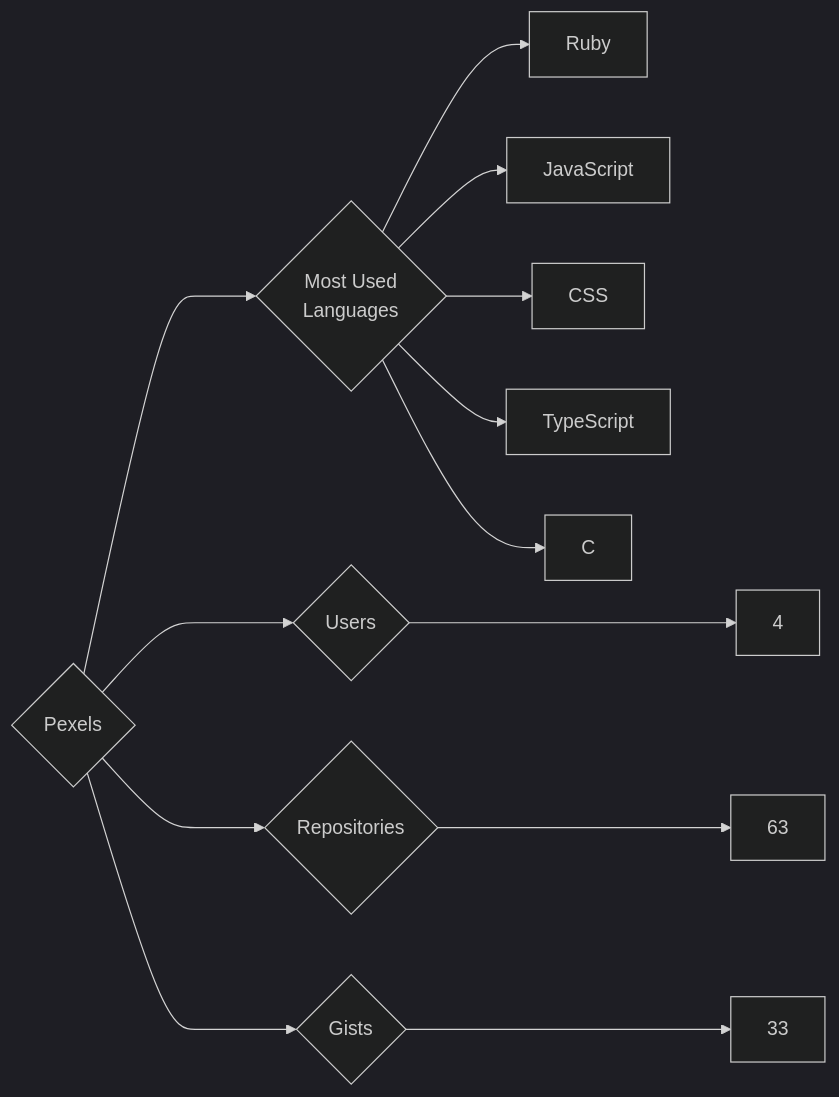
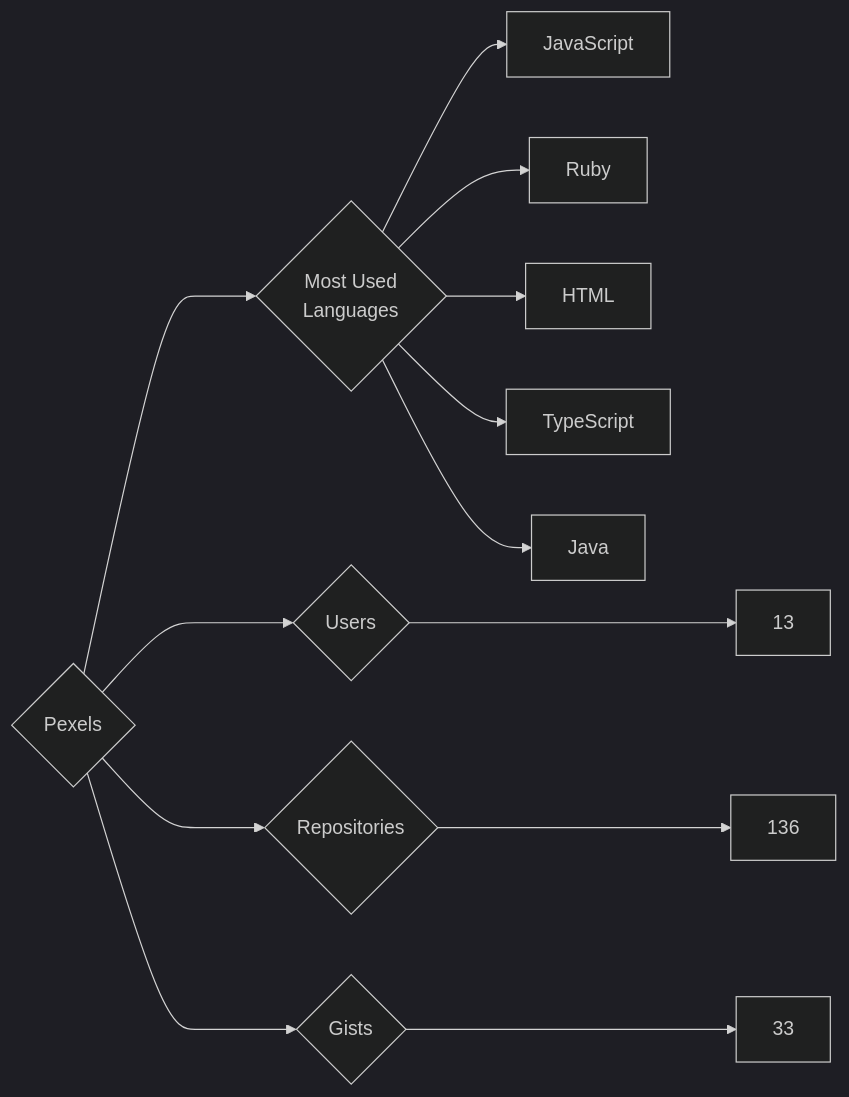
Before and after one commit to trickest/insiders: the diagram in targets/Pexels/README.md, drawn with Mermaid (dark theme). The commit also changed 1696 other files, not shown here.

````diff
--- a/targets/Pexels/README.md
+++ b/targets/Pexels/README.md
@@ -3,13 +3,13 @@
 ```mermaid
 graph LR
 COMPANY_NAME{Pexels}
-COMPANY_NAME ---> U{Users} ---> UN[4]
-COMPANY_NAME ---> R{Repositories} ---> RN[63]
+COMPANY_NAME ---> U{Users} ---> UN[13]
+COMPANY_NAME ---> R{Repositories} ---> RN[136]
 COMPANY_NAME ---> G{Gists} ---> GN[33]
 COMPANY_NAME ---> ML{Most Used<br>Languages}
+ML --> JavaScript[JavaScript]
 ML --> Ruby[Ruby]
-ML --> JavaScript[JavaScript]
-ML --> CSS[CSS]
+ML --> HTML[HTML]
 ML --> TypeScript[TypeScript]
-ML --> C[C]
+ML --> Java[Java]
 ```
````
